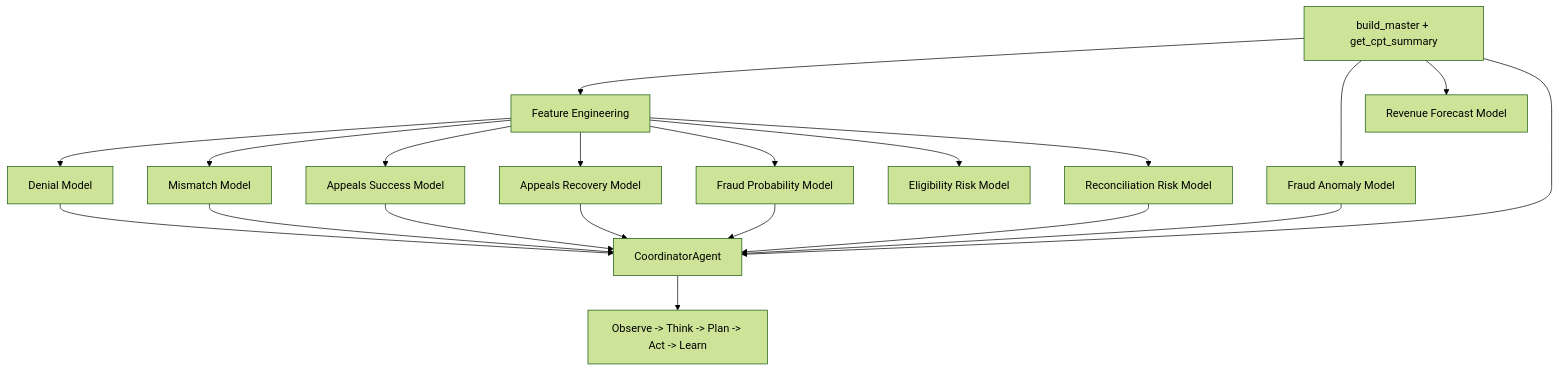
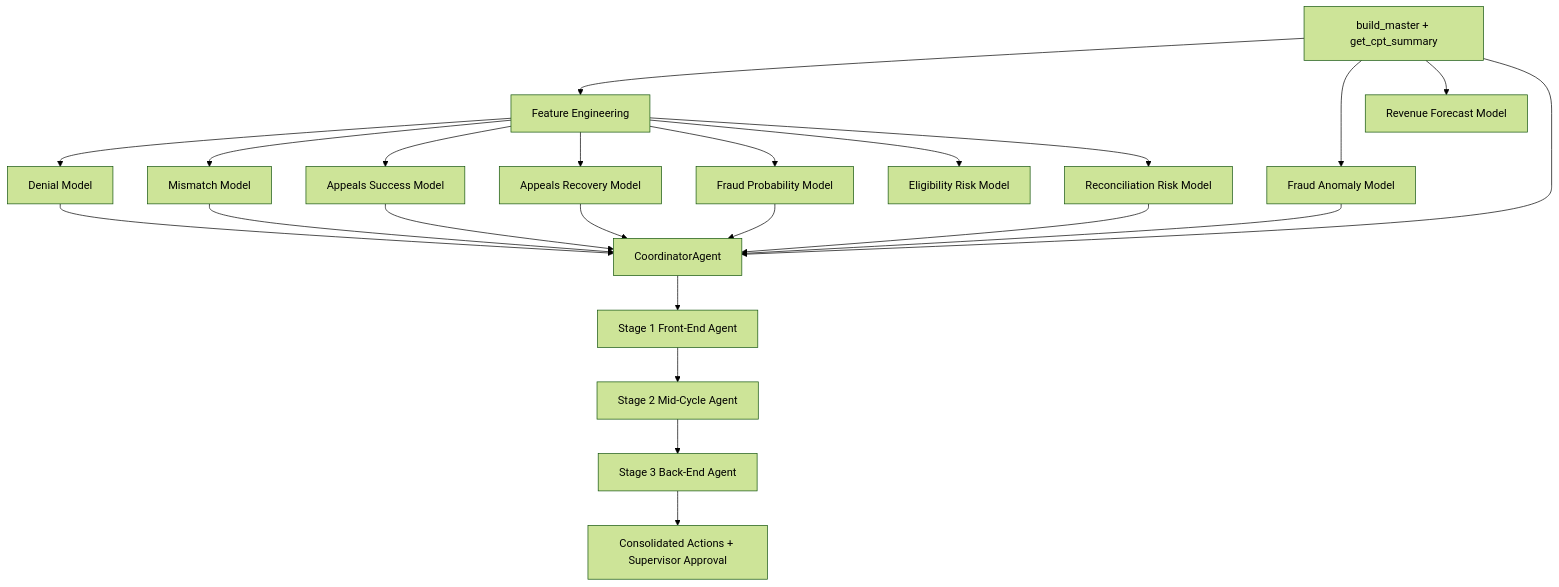
Before and after one commit to pranaya-mathur/rcm_agent: the second of 2 diagrams in README.md, drawn with Mermaid (forest theme). The commit also changed other lines of this file and 5 other files, not shown here.

First line of the commit message:
Restructure agent workflow into front/mid/back stages.

````diff
--- a/README.md
+++ b/README.md
@@ -59,22 +65,25 @@
 ```mermaid
 flowchart TD
     A[build_master + get_cpt_summary] --> B[Feature Engineering]
     B --> C1[Denial Model]
     B --> C2[Mismatch Model]
     B --> C3[Appeals Success Model]
     B --> C4[Appeals Recovery Model]
     B --> C5[Fraud Probability Model]
     B --> C6[Eligibility Risk Model]
     B --> C7[Reconciliation Risk Model]
     A --> C8[Fraud Anomaly Model]
     A --> C9[Revenue Forecast Model]
     A --> D[CoordinatorAgent]
     C1 --> D
     C2 --> D
     C3 --> D
     C4 --> D
     C5 --> D
     C8 --> D
     C7 --> D
-    D --> E[Observe -> Think -> Plan -> Act -> Learn]
+    D --> E1[Stage 1 Front-End Agent]
+    E1 --> E2[Stage 2 Mid-Cycle Agent]
+    E2 --> E3[Stage 3 Back-End Agent]
+    E3 --> F[Consolidated Actions + Supervisor Approval]
 ```
````
